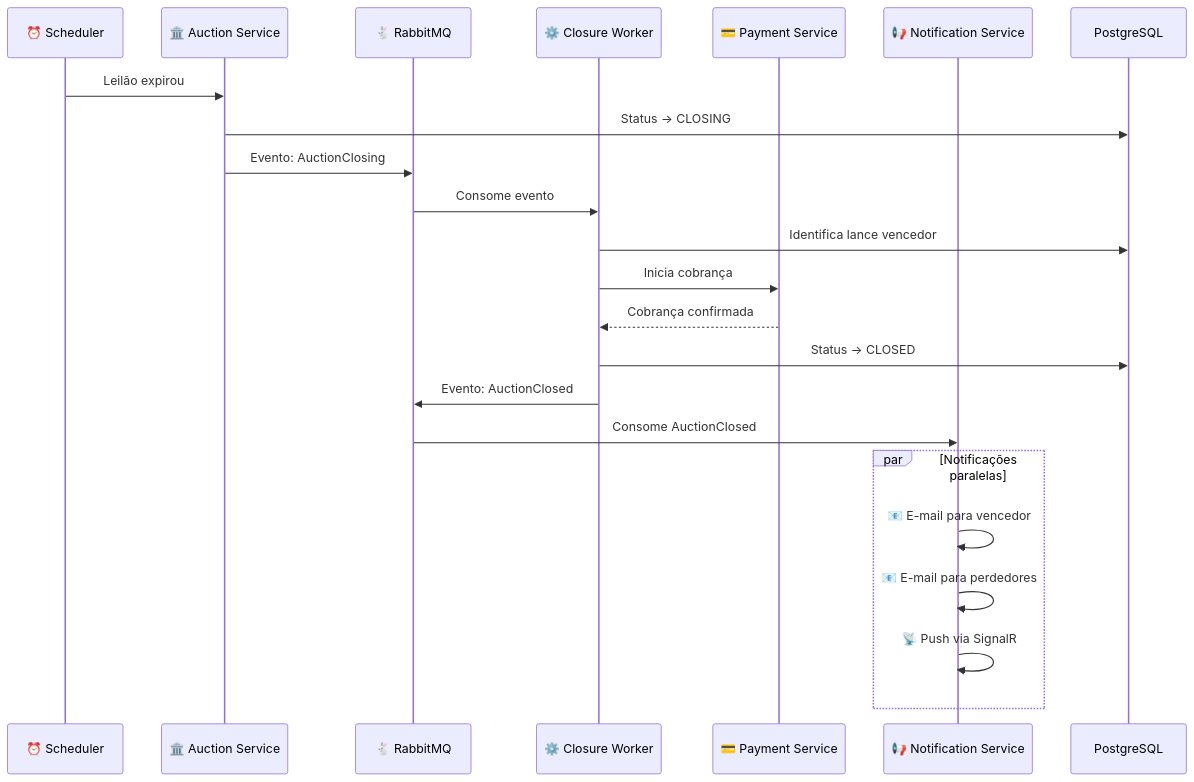
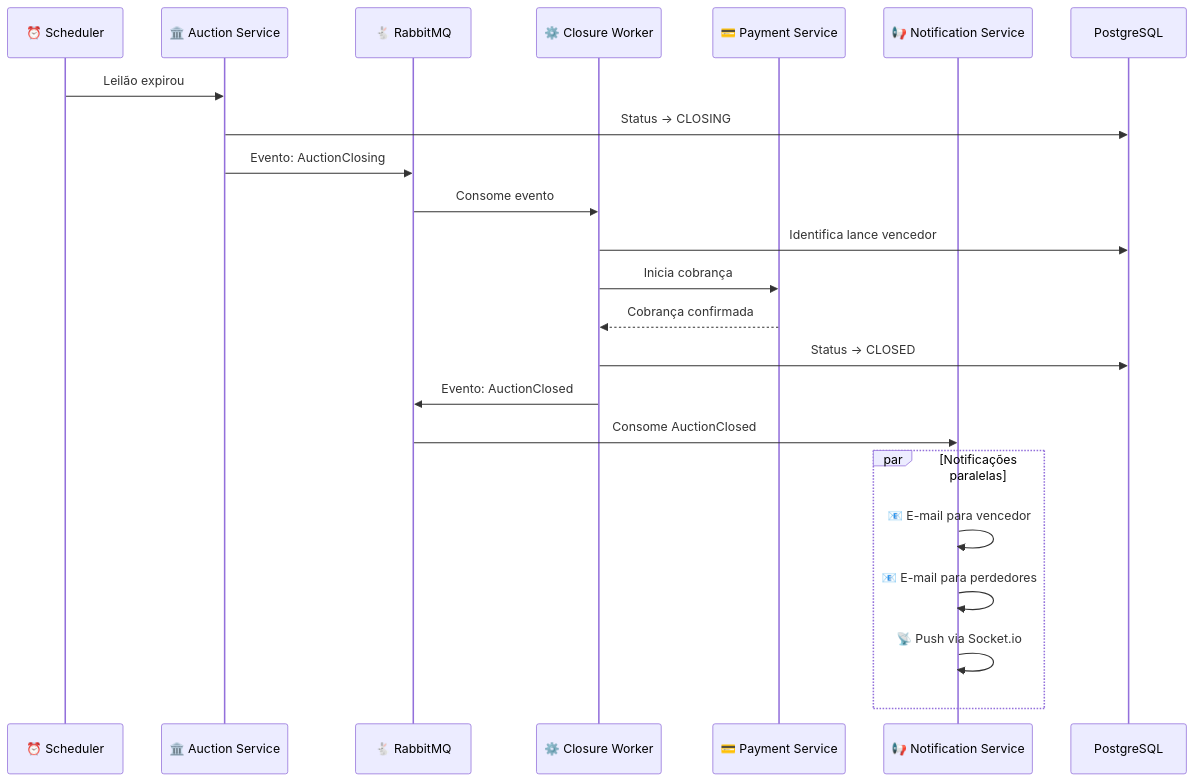
Before and after one commit to samuka7abr/no-crud-projects: the fourth of 8 diagrams in Leilao/README.md, drawn with Mermaid. The commit also changed other lines of this file, not shown here.

````diff
--- a/Leilao/README.md
+++ b/Leilao/README.md
@@ -150,30 +239,30 @@
 ```mermaid
 sequenceDiagram
     participant Scheduler as ⏰ Scheduler
     participant Auction as 🏛️ Auction Service
     participant RMQ as 🐇 RabbitMQ
     participant Worker as ⚙️ Closure Worker
     participant Payment as 💳 Payment Service
     participant Notify as 📢 Notification Service
     participant DB as PostgreSQL
 
     Scheduler->>Auction: Leilão expirou
     Auction->>DB: Status → CLOSING
     Auction->>RMQ: Evento: AuctionClosing
 
     RMQ->>Worker: Consome evento
     Worker->>DB: Identifica lance vencedor
     Worker->>Payment: Inicia cobrança
     Payment-->>Worker: Cobrança confirmada
 
     Worker->>DB: Status → CLOSED
     Worker->>RMQ: Evento: AuctionClosed
 
     RMQ->>Notify: Consome AuctionClosed
 
     par Notificações paralelas
         Notify->>Notify: 📧 E-mail para vencedor
         Notify->>Notify: 📧 E-mail para perdedores
-        Notify->>Notify: 📡 Push via SignalR
+        Notify->>Notify: 📡 Push via Socket.io
     end
 ```
````
